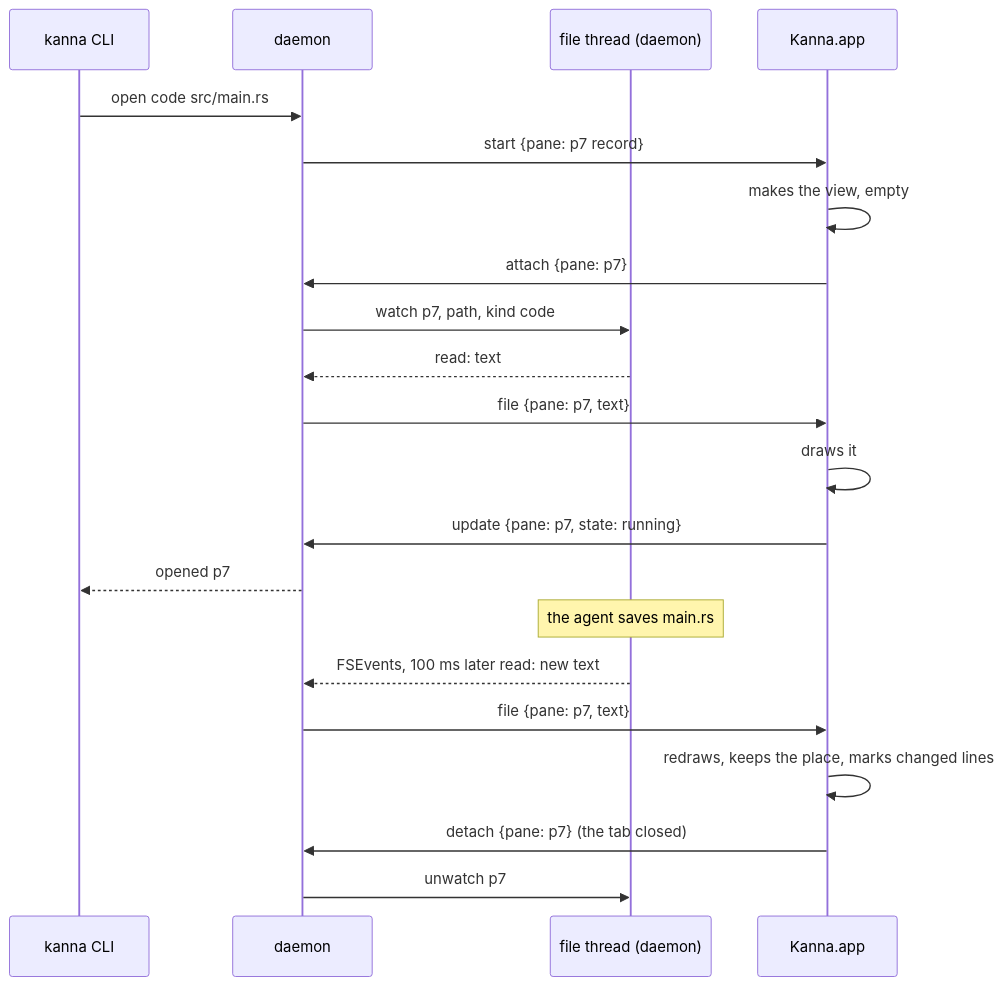
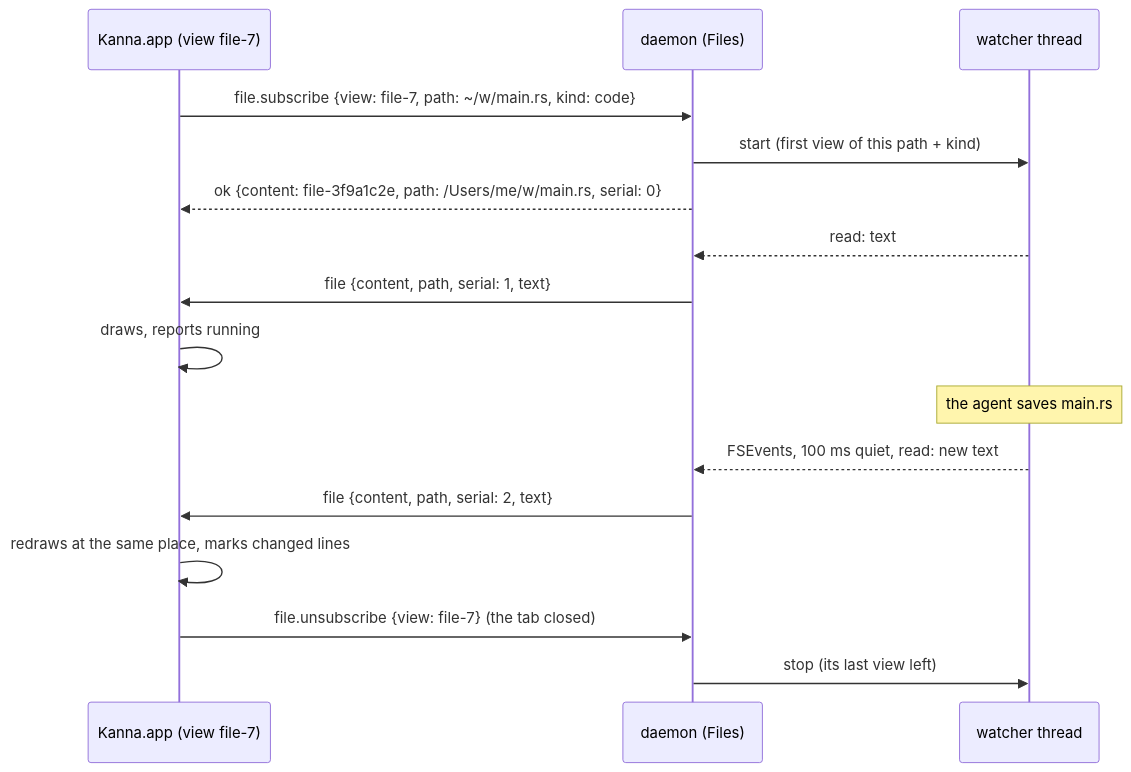
One commit to tampopogk/kanna changed the second of 2 diagrams in docs/specs/file-panes.md. Above: the diagram before and after it, drawn with Mermaid. The commit also changed other lines of this file and 15 other files, not shown here.

````diff
--- a/docs/specs/file-panes.md
+++ b/docs/specs/file-panes.md
@@ -40,23 +38,18 @@
 ```mermaid
 sequenceDiagram
-    participant C as kanna CLI
-    participant D as daemon
-    participant W as file thread (daemon)
-    participant A as Kanna.app
-    C->>D: open code src/main.rs
-    D->>A: start {pane: p7 record}
-    A->>A: makes the view, empty
-    A->>D: attach {pane: p7}
-    D->>W: watch p7, path, kind code
+    participant A as Kanna.app (view file-7)
+    participant D as daemon (Files)
+    participant W as watcher thread
+    A->>D: file.subscribe {view: file-7, path: ~/w/main.rs, kind: code}
+    D->>W: start (first view of this path + kind)
+    D-->>A: ok {content: file-3f9a1c2e, path: /Users/me/w/main.rs, serial: 0}
     W-->>D: read: text
-    D->>A: file {pane: p7, text}
-    A->>A: draws it
-    A->>D: update {pane: p7, state: running}
-    D-->>C: opened p7
+    D->>A: file {content, path, serial: 1, text}
+    A->>A: draws, reports running
     Note over W: the agent saves main.rs
-    W-->>D: FSEvents, 100 ms later read: new text
-    D->>A: file {pane: p7, text}
-    A->>A: redraws, keeps the place, marks changed lines
-    A->>D: detach {pane: p7} (the tab closed)
-    D->>W: unwatch p7
+    W-->>D: FSEvents, 100 ms quiet, read: new text
+    D->>A: file {content, path, serial: 2, text}
+    A->>A: redraws at the same place, marks changed lines
+    A->>D: file.unsubscribe {view: file-7} (the tab closed)
+    D->>W: stop (its last view left)
 ```
````
